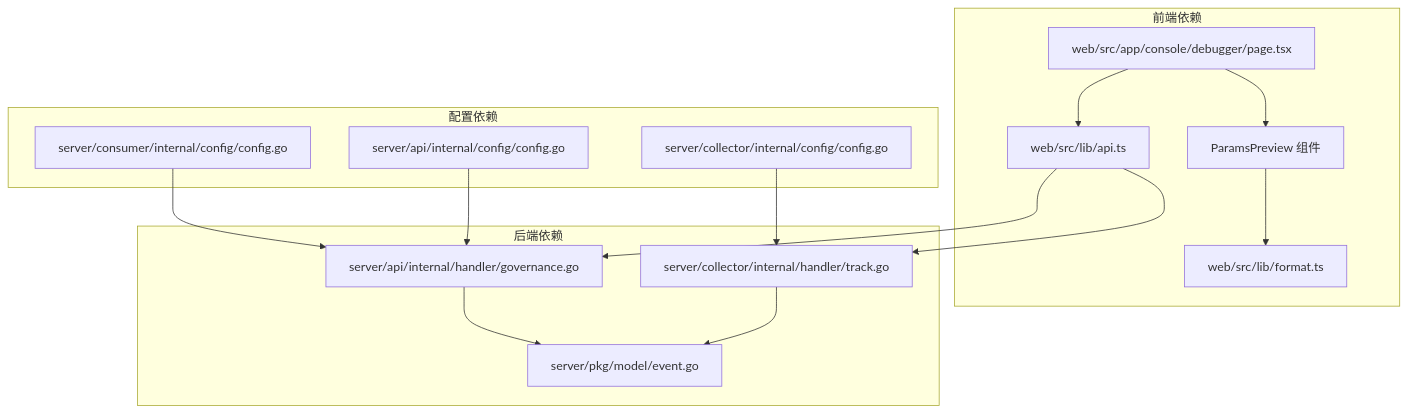
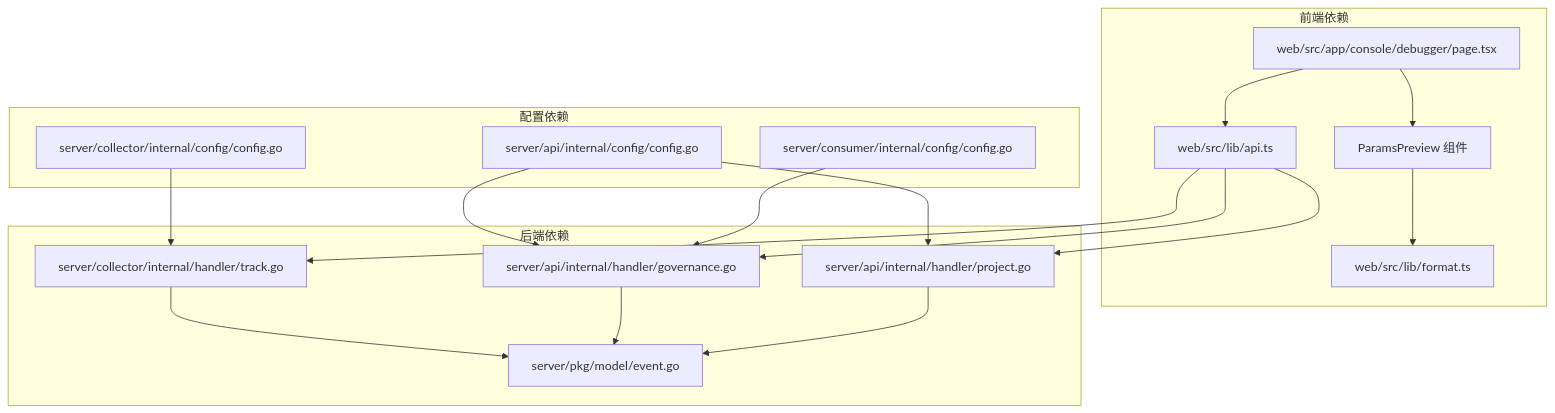
Diagram 15 of 15 in .qoder/repowiki/zh/content/监控与可观测性/调试器系统.md (zhen-zhong/AeroLog), drawn with Mermaid before and after one commit. The commit also changed other lines of this file and 130 other files, not shown here.

````diff
--- a/.qoder/repowiki/zh/content/监控与可观测性/调试器系统.md
+++ b/.qoder/repowiki/zh/content/监控与可观测性/调试器系统.md
@@ -486,29 +786,33 @@
 ```mermaid
 graph TB
 subgraph "前端依赖"
 WEB_DEBUGGER[web/src/app/console/debugger/page.tsx]
 PARAMS_PREVIEW[ParamsPreview 组件]
 API_CLIENT[web/src/lib/api.ts]
 FORMAT_UTILS[web/src/lib/format.ts]
 end
 subgraph "后端依赖"
 GOVERNANCE_HANDLER[server/api/internal/handler/governance.go]
+EVENT_DEF_HANDLER[server/api/internal/handler/project.go]
 TRACK_HANDLER[server/collector/internal/handler/track.go]
 EVENT_MODEL[server/pkg/model/event.go]
 end
 subgraph "配置依赖"
 API_CONFIG[server/api/internal/config/config.go]
 COLLECTOR_CONFIG[server/collector/internal/config/config.go]
 CONSUMER_CONFIG[server/consumer/internal/config/config.go]
 end
 WEB_DEBUGGER --> PARAMS_PREVIEW
 WEB_DEBUGGER --> API_CLIENT
 PARAMS_PREVIEW --> FORMAT_UTILS
 API_CLIENT --> GOVERNANCE_HANDLER
+API_CLIENT --> EVENT_DEF_HANDLER
 API_CLIENT --> TRACK_HANDLER
 TRACK_HANDLER --> EVENT_MODEL
 GOVERNANCE_HANDLER --> EVENT_MODEL
+EVENT_DEF_HANDLER --> EVENT_MODEL
 API_CONFIG --> GOVERNANCE_HANDLER
+API_CONFIG --> EVENT_DEF_HANDLER
 COLLECTOR_CONFIG --> TRACK_HANDLER
 CONSUMER_CONFIG --> GOVERNANCE_HANDLER
 ```
````
